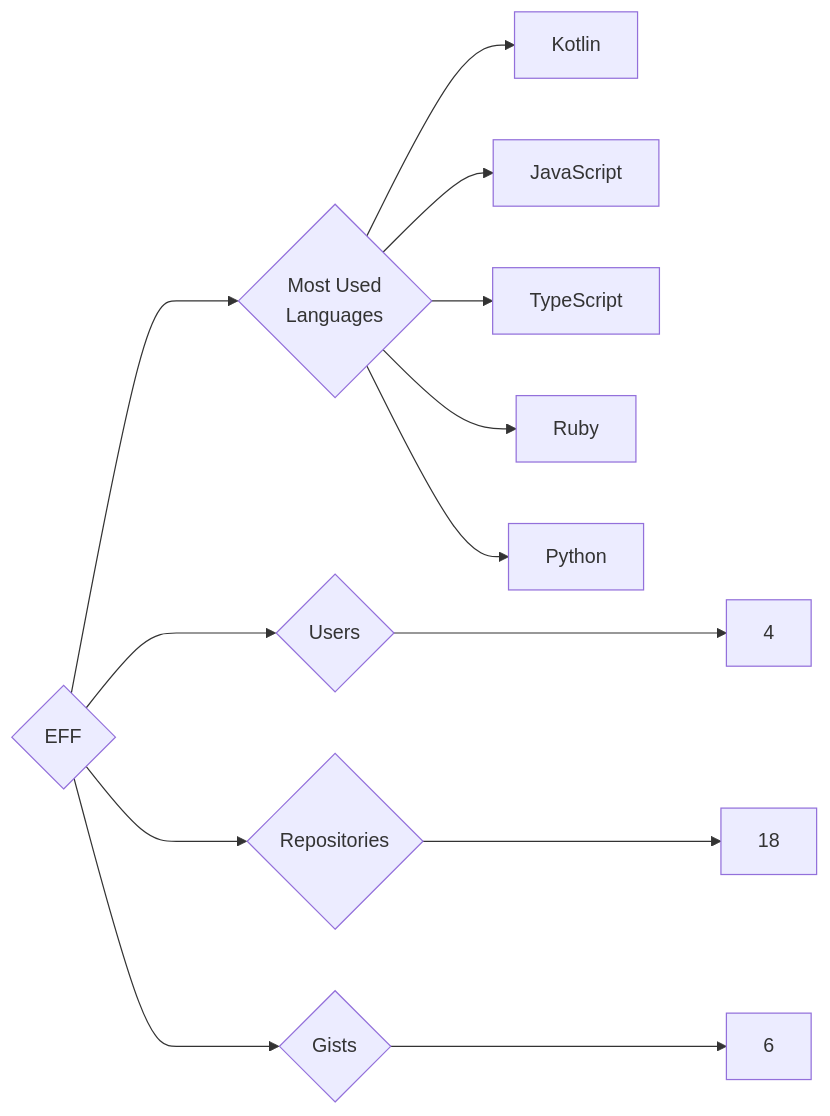
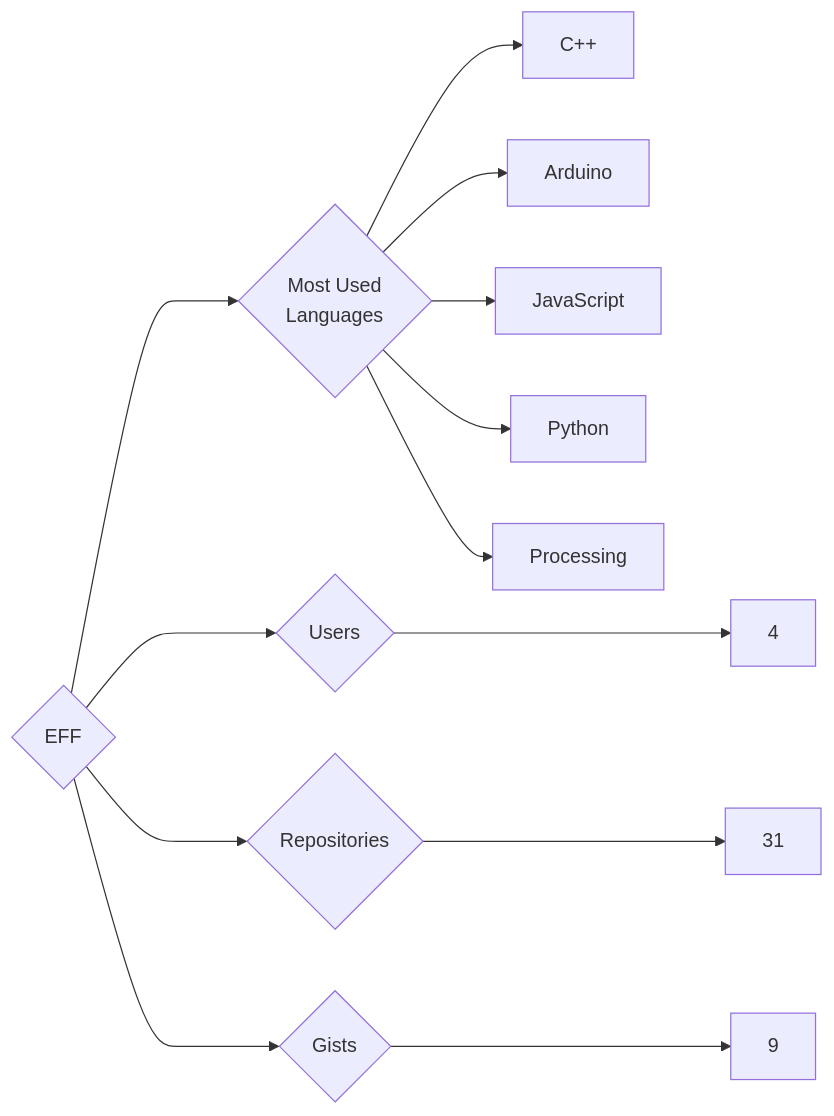
Before and after one commit to trickest/insiders: the diagram in targets/EFF/README.md, drawn with Mermaid. The commit also changed 1170 other files, not shown here.

````diff
--- a/targets/EFF/README.md
+++ b/targets/EFF/README.md
@@ -3,13 +3,13 @@
 ```mermaid
 graph LR
 COMPANY_NAME{EFF}
 COMPANY_NAME ---> U{Users} ---> UN[4]
-COMPANY_NAME ---> R{Repositories} ---> RN[18]
-COMPANY_NAME ---> G{Gists} ---> GN[6]
+COMPANY_NAME ---> R{Repositories} ---> RN[31]
+COMPANY_NAME ---> G{Gists} ---> GN[9]
 COMPANY_NAME ---> ML{Most Used<br>Languages}
-ML --> Kotlin[Kotlin]
+ML --> C++[C++]
+ML --> Arduino[Arduino]
 ML --> JavaScript[JavaScript]
-ML --> TypeScript[TypeScript]
-ML --> Ruby[Ruby]
 ML --> Python[Python]
+ML --> Processing[Processing]
 ```
````
